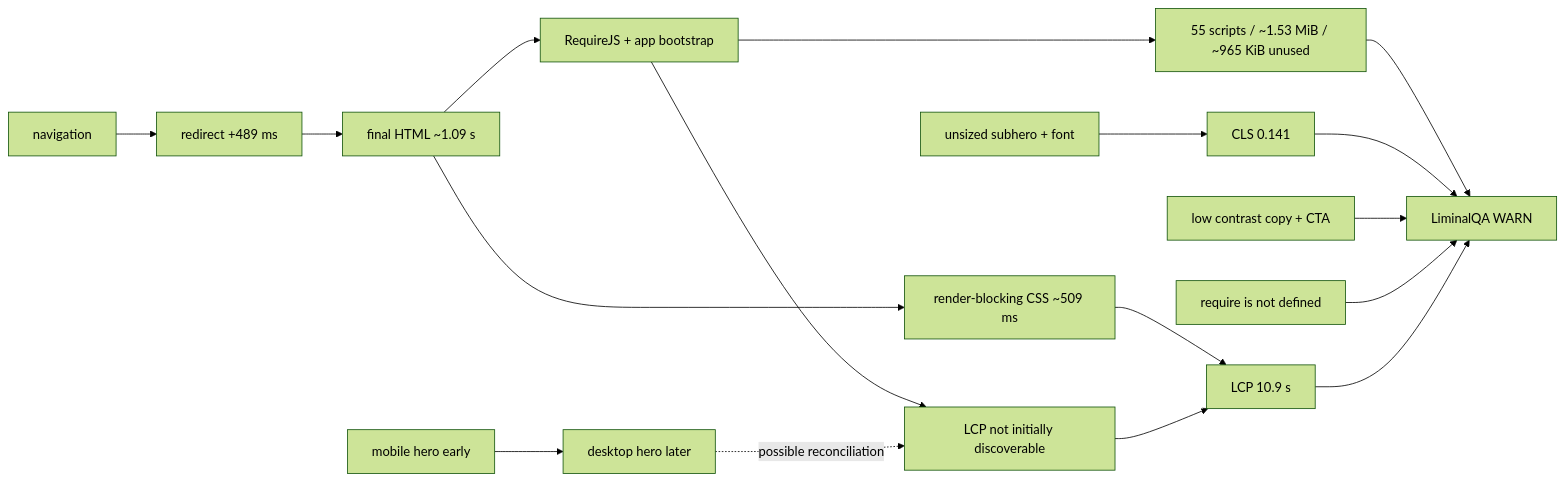
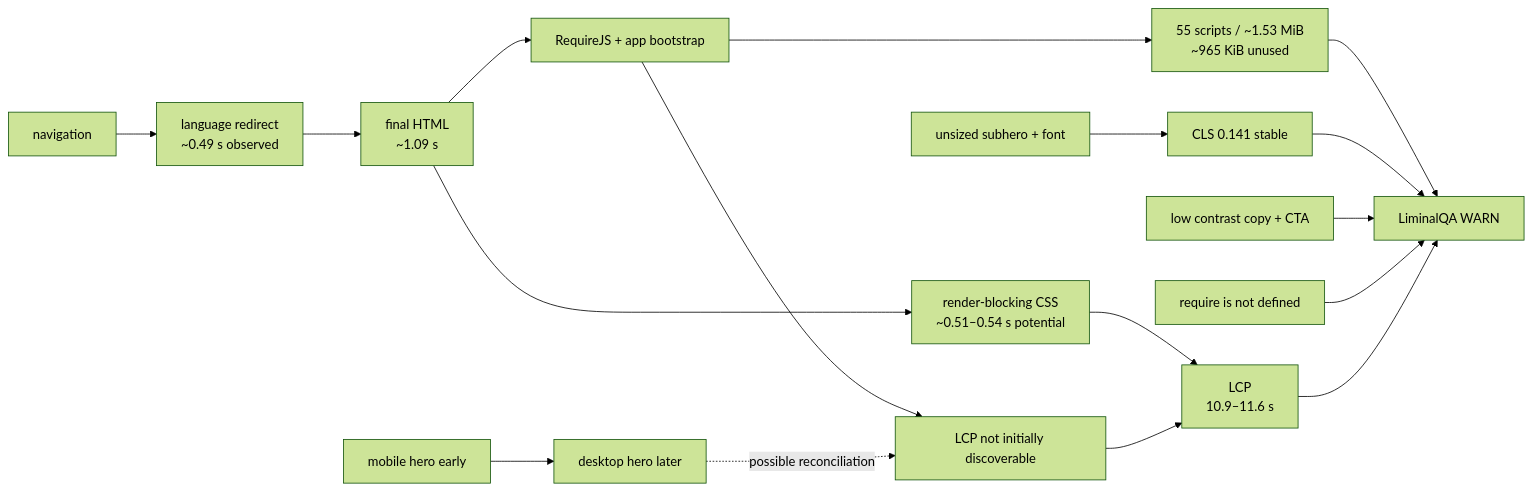
Before and after one commit to safal207/LiminalQAengineer: the diagram in docs/audits/TRADERNET_SPACE_TIME_CAUSALITY.md, drawn with Mermaid (forest theme). The commit also changed other lines of this file, not shown here.

````diff
--- a/docs/audits/TRADERNET_SPACE_TIME_CAUSALITY.md
+++ b/docs/audits/TRADERNET_SPACE_TIME_CAUSALITY.md
@@ -7,13 +8,13 @@
 ```mermaid
 flowchart LR
-  A["navigation"] --> B["redirect +489 ms"] --> C["final HTML ~1.09 s"]
-  C --> D["render-blocking CSS ~509 ms"] --> G["LCP 10.9 s"]
+  A["navigation"] --> B["language redirect\n~0.49 s observed"] --> C["final HTML\n~1.09 s"]
+  C --> D["render-blocking CSS\n~0.51–0.54 s potential"] --> G["LCP\n10.9–11.6 s"]
   C --> E["RequireJS + app bootstrap"] --> F["LCP not initially discoverable"] --> G
-  E --> J["55 scripts / ~1.53 MiB / ~965 KiB unused"] --> Q["LiminalQA WARN"]
+  E --> J["55 scripts / ~1.53 MiB\n~965 KiB unused"] --> Q["LiminalQA WARN"]
   M["mobile hero early"] --> N["desktop hero later"]
   N -. possible reconciliation .-> F
-  U["unsized subhero + font"] --> V["CLS 0.141"] --> Q
+  U["unsized subhero + font"] --> V["CLS 0.141 stable"] --> Q
   W["low contrast copy + CTA"] --> Q
   R["require is not defined"] --> Q
   G --> Q
 ```
````
